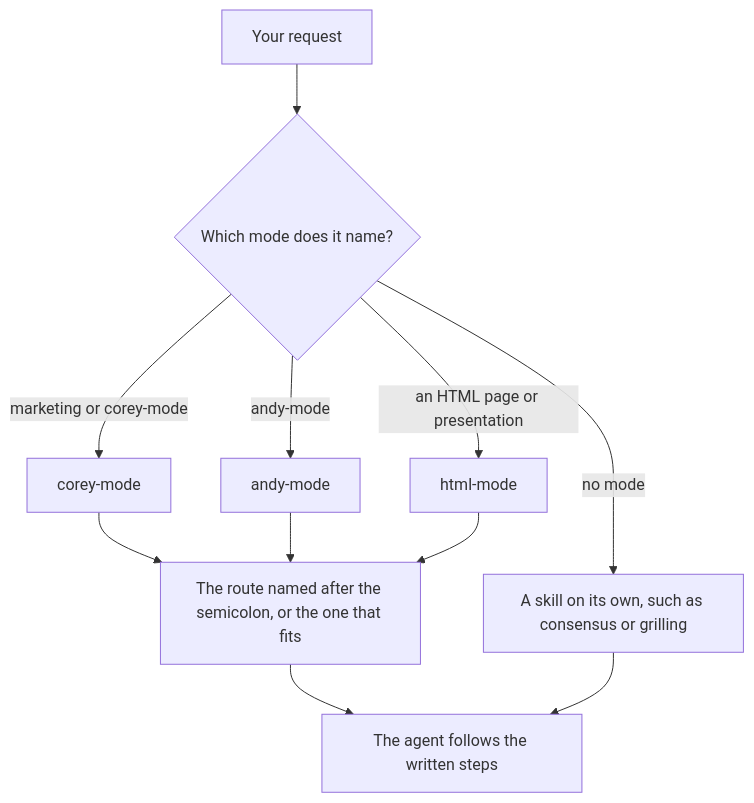
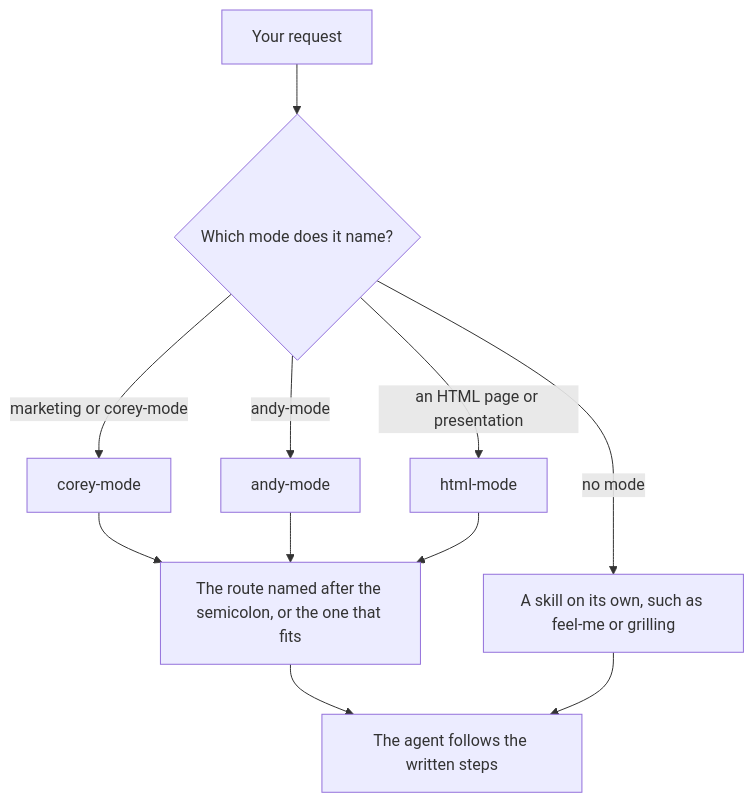
The diagram in docs/guide/02-modes.md (pascalandy/skills), drawn with Mermaid before and after one commit. The commit also changed other lines of this file and 18 other files, not shown here.

First line of the commit message:
🧰 skill: feel-me: replace consensus with an FMO-first alignment loop (#598)

````diff
--- a/docs/guide/02-modes.md
+++ b/docs/guide/02-modes.md
@@ -17,13 +17,13 @@
 ```mermaid
 flowchart TD
     A[Your request] --> B{Which mode does it name?}
     B -->|marketing or corey-mode| C[corey-mode]
     B -->|andy-mode| D[andy-mode]
     B -->|an HTML page or presentation| E[html-mode]
-    B -->|no mode| F[A skill on its own, such as consensus or grilling]
+    B -->|no mode| F[A skill on its own, such as feel-me or grilling]
     C --> G[The route named after the semicolon, or the one that fits]
     D --> G
     E --> G
     G --> H[The agent follows the written steps]
     F --> H
 ```
````
